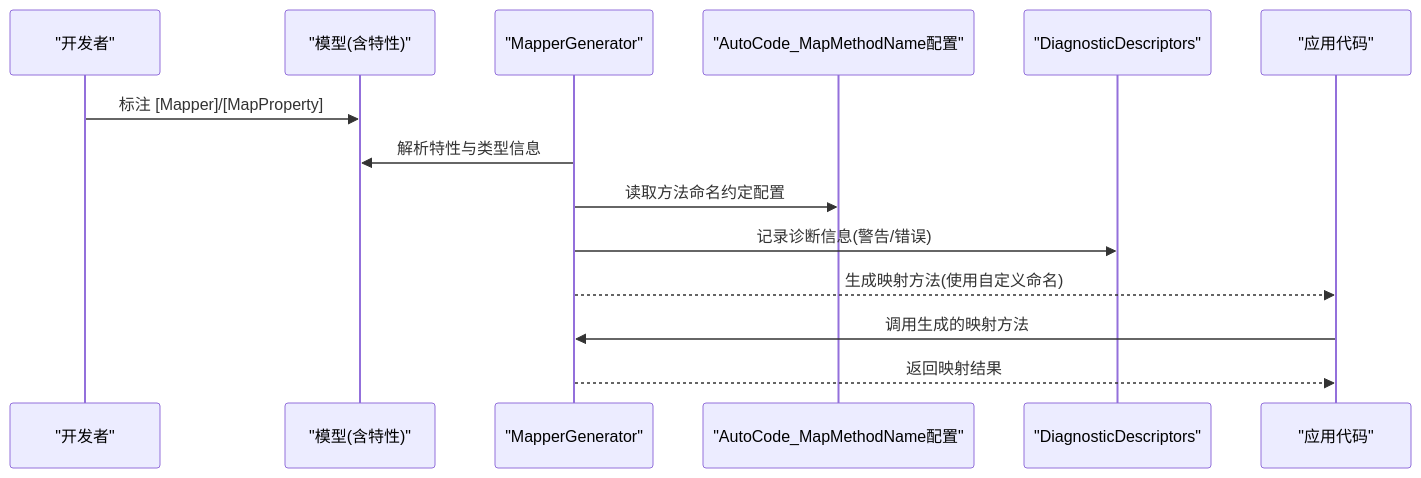
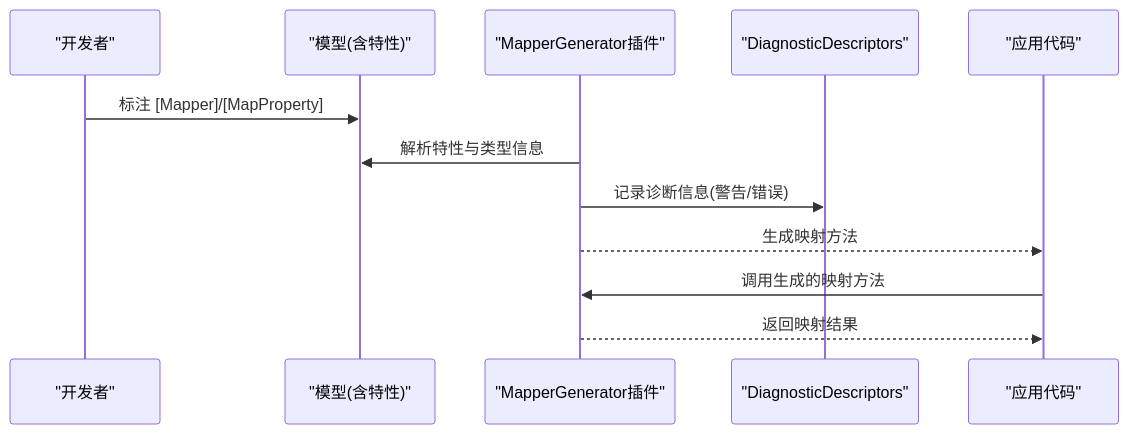
One commit to alivy/AutoCode changed the second of 4 diagrams in .qoder/repowiki/zh/content/映射框架/映射框架.md. Above: the diagram before and after it, drawn with Mermaid. The commit also changed other lines of this file and 279 other files, not shown here.

````diff
--- a/.qoder/repowiki/zh/content/映射框架/映射框架.md
+++ b/.qoder/repowiki/zh/content/映射框架/映射框架.md
@@ -181,16 +178,14 @@
 ```mermaid
 sequenceDiagram
 participant Dev as "开发者"
 participant Model as "模型(含特性)"
-participant Gen as "MapperGenerator"
-participant Config as "AutoCode_MapMethodName配置"
+participant Plugin as "MapperGenerator插件"
 participant Diag as "DiagnosticDescriptors"
 participant App as "应用代码"
 Dev->>Model : 标注 [Mapper]/[MapProperty]
-Gen->>Model : 解析特性与类型信息
-Gen->>Config : 读取方法命名约定配置
-Gen->>Diag : 记录诊断信息(警告/错误)
-Gen-->>App : 生成映射方法(使用自定义命名)
-App->>Gen : 调用生成的映射方法
-Gen-->>App : 返回映射结果
+Plugin->>Model : 解析特性与类型信息
+Plugin->>Diag : 记录诊断信息(警告/错误)
+Plugin-->>App : 生成映射方法
+App->>Plugin : 调用生成的映射方法
+Plugin-->>App : 返回映射结果
 ```
````
